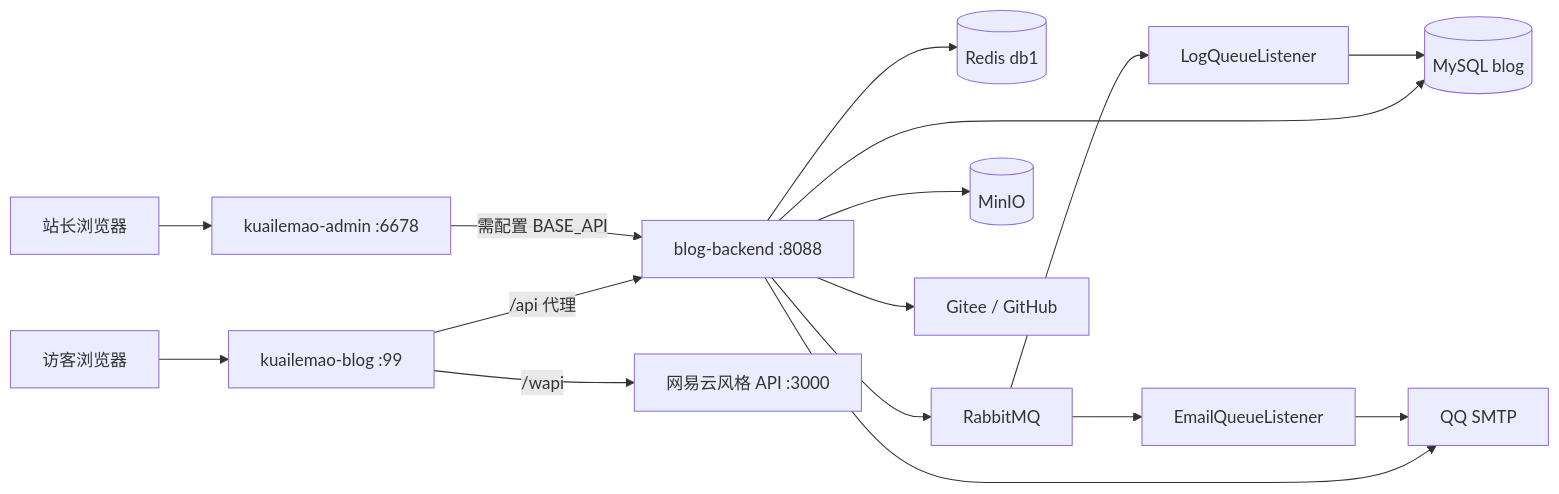
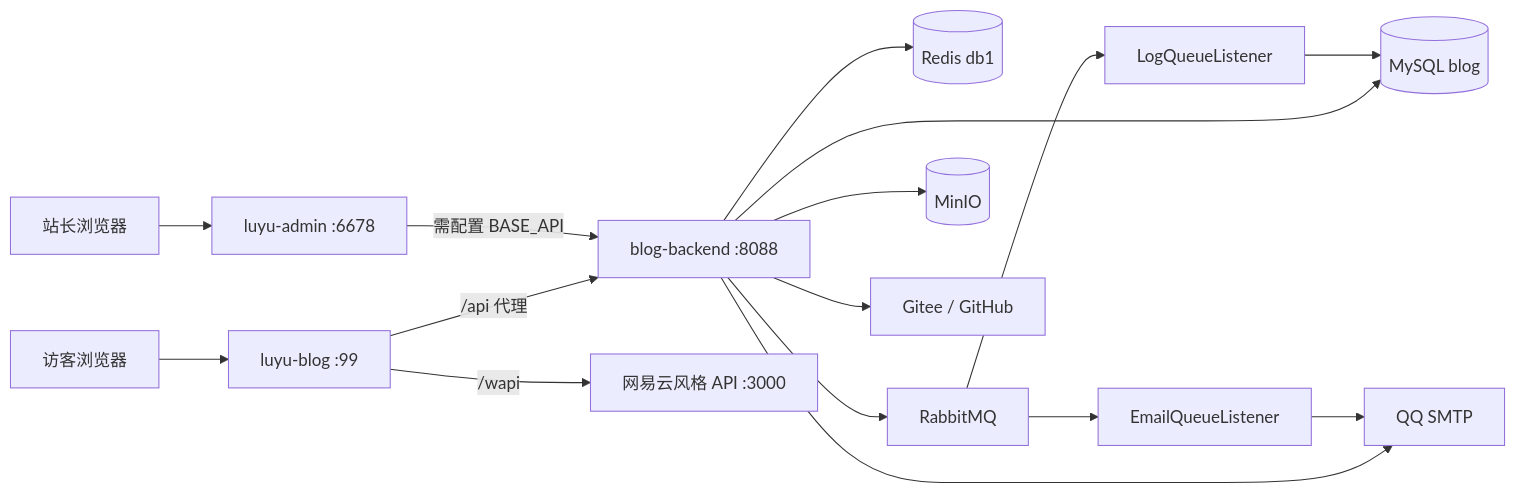
One commit to zhengluyu-oss/personal-website changed the first of 3 diagrams in superpowers/project/architecture.md. Above: the diagram before and after it, drawn with Mermaid. The commit also changed other lines of this file and 126 other files, not shown here.

````diff
--- a/superpowers/project/architecture.md
+++ b/superpowers/project/architecture.md
@@ -20,18 +20,18 @@
 ```mermaid
 flowchart LR
-  Visitor[访客浏览器] --> BlogSPA[kuailemao-blog :99]
-  Admin[站长浏览器] --> AdminSPA[kuailemao-admin :6678]
+  Visitor[访客浏览器] --> BlogSPA[luyu-blog :99]
+  Admin[站长浏览器] --> AdminSPA[luyu-admin :6678]
   BlogSPA -->|/api 代理| API[blog-backend :8088]
   AdminSPA -->|需配置 BASE_API| API
   BlogSPA -->|/wapi| Music[网易云风格 API :3000]
   API --> MySQL[(MySQL blog)]
   API --> Redis[(Redis db1)]
   API --> MQ[RabbitMQ]
   API --> MinIO[(MinIO)]
   API --> SMTP[QQ SMTP]
   API --> OAuth[Gitee / GitHub]
   MQ --> EmailL[EmailQueueListener]
   MQ --> LogL[LogQueueListener]
   EmailL --> SMTP
   LogL --> MySQL
 ```
````
